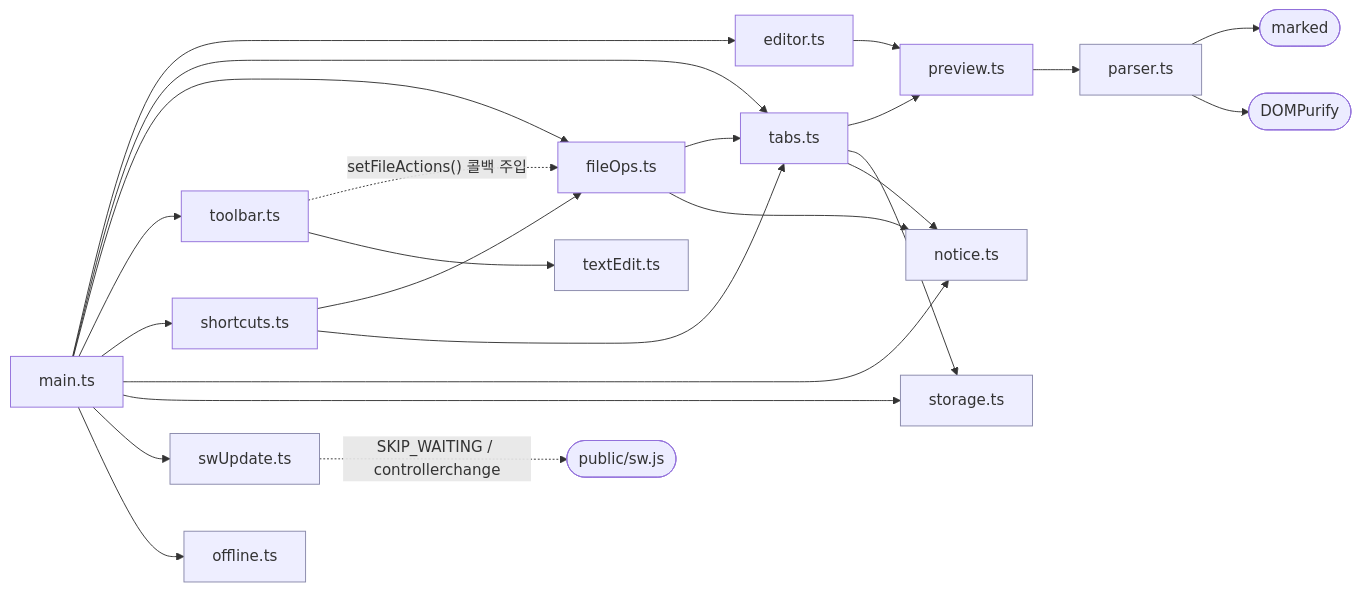
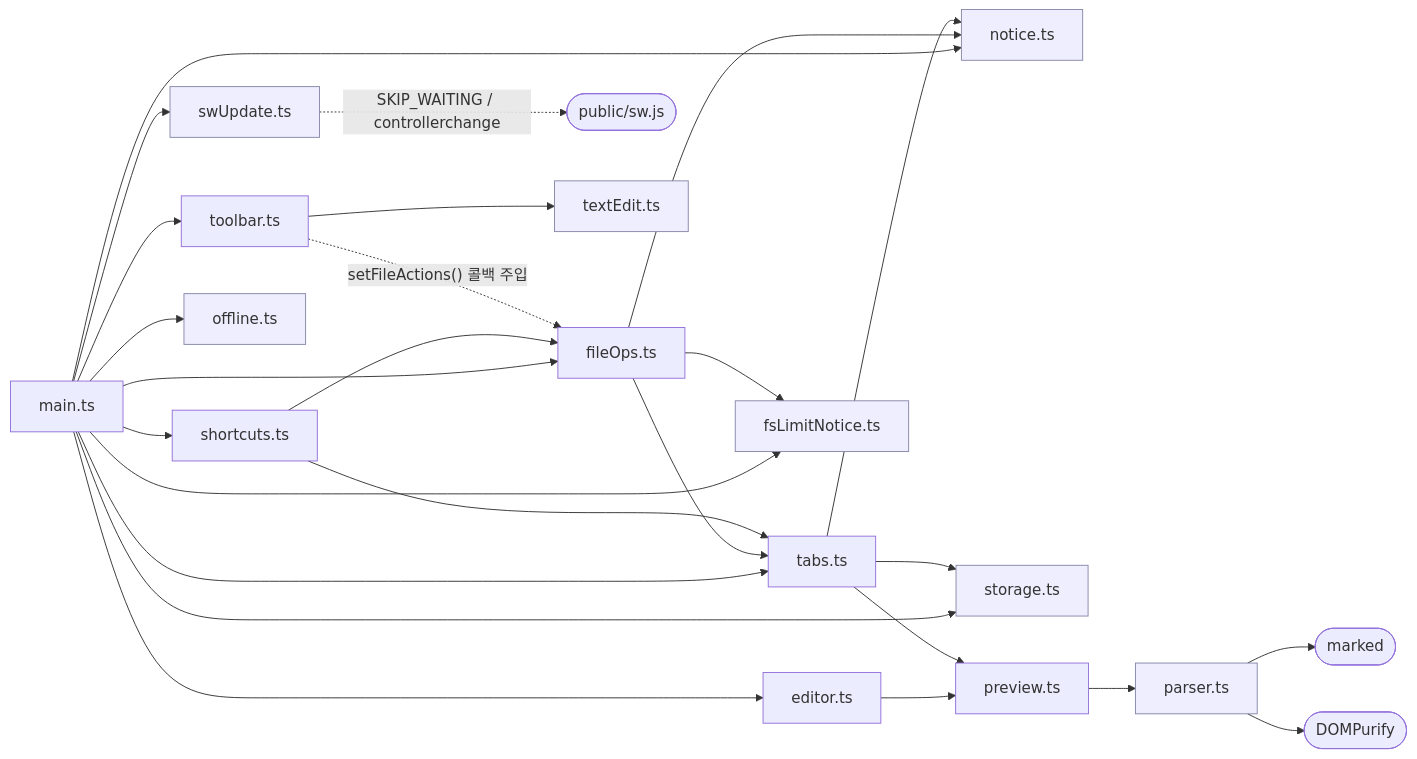
The diagram in docs/architecture/traceability.md (devworld-ltd/markdownEditor), drawn with Mermaid before and after one commit. The commit also changed other lines of this file and 8 other files, not shown here.

````diff
--- a/docs/architecture/traceability.md
+++ b/docs/architecture/traceability.md
@@ -41,31 +42,33 @@
 ```mermaid
 graph LR
   main["main.ts"] --> editor["editor.ts"]
   main --> tabs["tabs.ts"]
   main --> fileOps["fileOps.ts"]
   main --> toolbar["toolbar.ts"]
   main --> shortcuts["shortcuts.ts"]
   main --> notice["notice.ts"]
   main --> storage["storage.ts"]
   main --> swUpdate["swUpdate.ts"]
   main --> offline["offline.ts"]
+  main --> fsLimit["fsLimitNotice.ts"]
+  fileOps --> fsLimit
   swUpdate -. "SKIP_WAITING / controllerchange" .-> sw(["public/sw.js"])
 
   editor --> preview["preview.ts"]
   tabs --> preview
   tabs --> storage
   preview --> parser["parser.ts"]
   parser --> marked(["marked"])
   parser --> purify(["DOMPurify"])
 
   fileOps --> tabs
   fileOps --> notice
   tabs --> notice
   shortcuts --> fileOps
   shortcuts --> tabs
   toolbar -. "setFileActions() 콜백 주입" .-> fileOps
   toolbar --> textEdit["textEdit.ts"]
 
   classDef leaf fill:#eef,stroke:#88a
-  class parser,storage,notice,swUpdate,textEdit,offline leaf
+  class parser,storage,notice,swUpdate,textEdit,offline,fsLimit leaf
 ```
````
